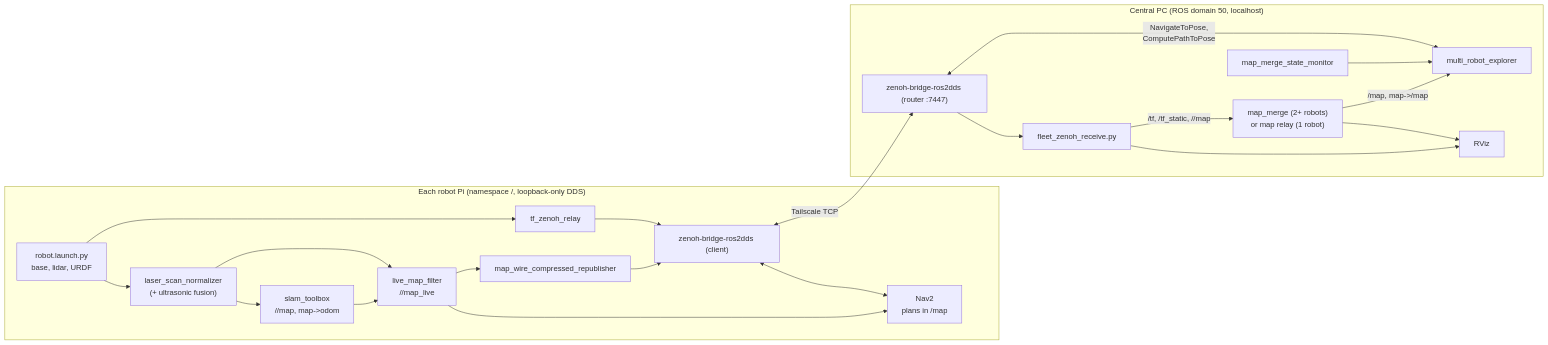
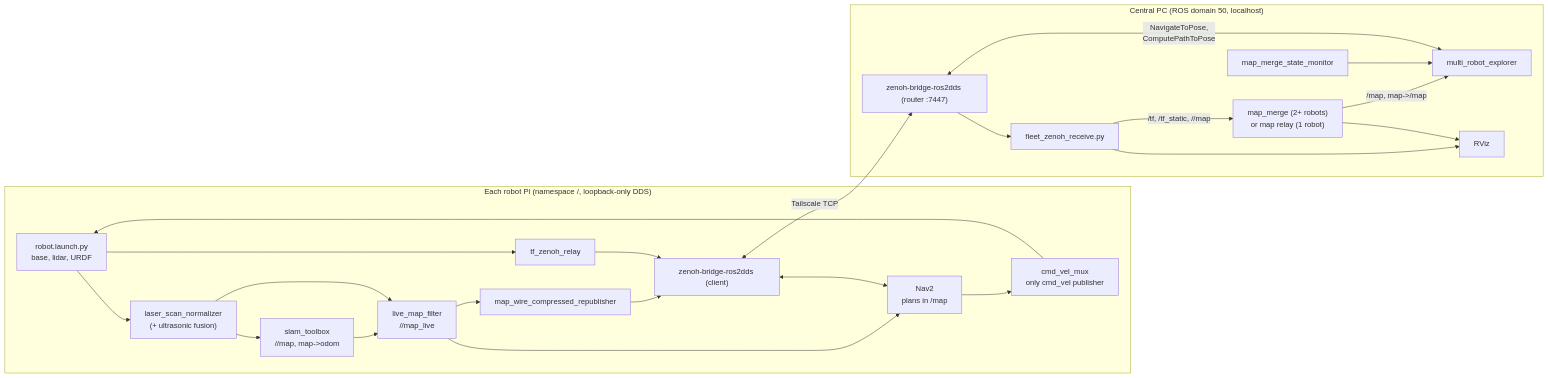
The diagram in docs/architecture.md (SleepyFinale/ans-central-computer), drawn with Mermaid before and after one commit. The commit also changed other lines of this file and 3 other files, not shown here.

````diff
--- a/docs/architecture.md
+++ b/docs/architecture.md
@@ -7,34 +7,35 @@
 ```mermaid
 flowchart LR
   subgraph robot ["Each robot Pi (namespace /<robot>, loopback-only DDS)"]
     bring["robot.launch.py<br/>base, lidar, URDF"]
     norm["laser_scan_normalizer<br/>(+ ultrasonic fusion)"]
     slam["slam_toolbox<br/>/<robot>/map, map->odom"]
     live["live_map_filter<br/>/<robot>/map_live"]
     nav2["Nav2<br/>plans in <robot>/map"]
+    mux["cmd_vel_mux<br/>only cmd_vel publisher"]
     wire["map_wire_compressed_republisher"]
     tfz["tf_zenoh_relay"]
     zr["zenoh-bridge-ros2dds (client)"]
-    bring --> norm --> slam --> live --> nav2
+    bring --> norm --> slam --> live --> nav2 --> mux --> bring
     norm --> live
     live --> wire --> zr
     bring --> tfz --> zr
     zr <--> nav2
   end
   subgraph central ["Central PC (ROS domain 50, localhost)"]
     zc["zenoh-bridge-ros2dds (router :7447)"]
     rx["fleet_zenoh_receive.py"]
     mm["map_merge (2+ robots)<br/>or map relay (1 robot)"]
     mon["map_merge_state_monitor"]
     ex["multi_robot_explorer"]
     rv["RViz"]
     zc --> rx
     rx -->|"/tf, /tf_static, /<robot>/map"| mm
     mm -->|"/map, map-><robot>/map"| ex
     mon --> ex
     ex <-->|"NavigateToPose,<br/>ComputePathToPose"| zc
     rx --> rv
     mm --> rv
   end
   zr <-->|"Tailscale TCP"| zc
 ```
````
